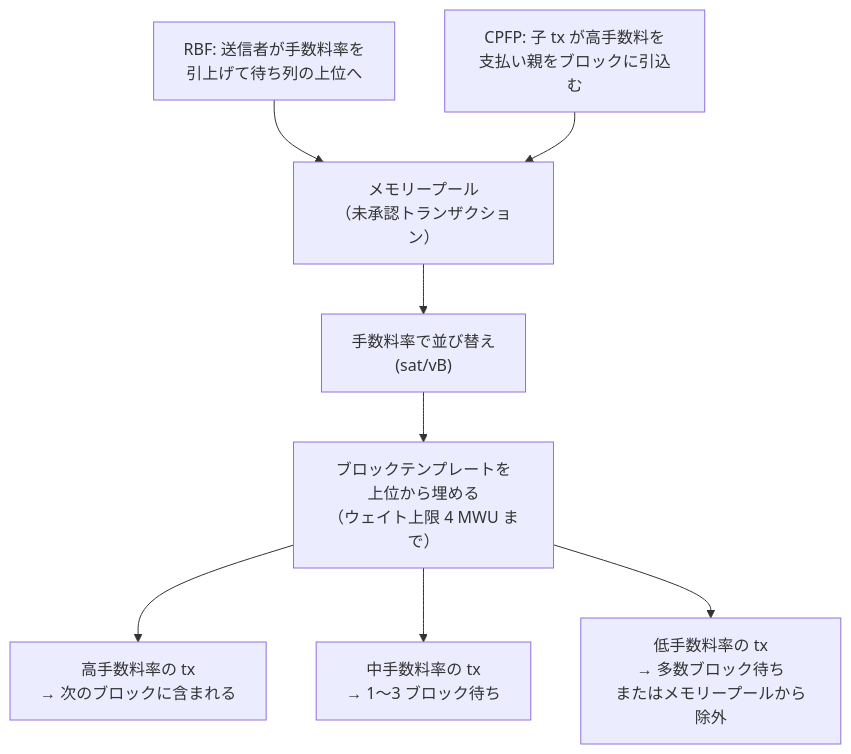
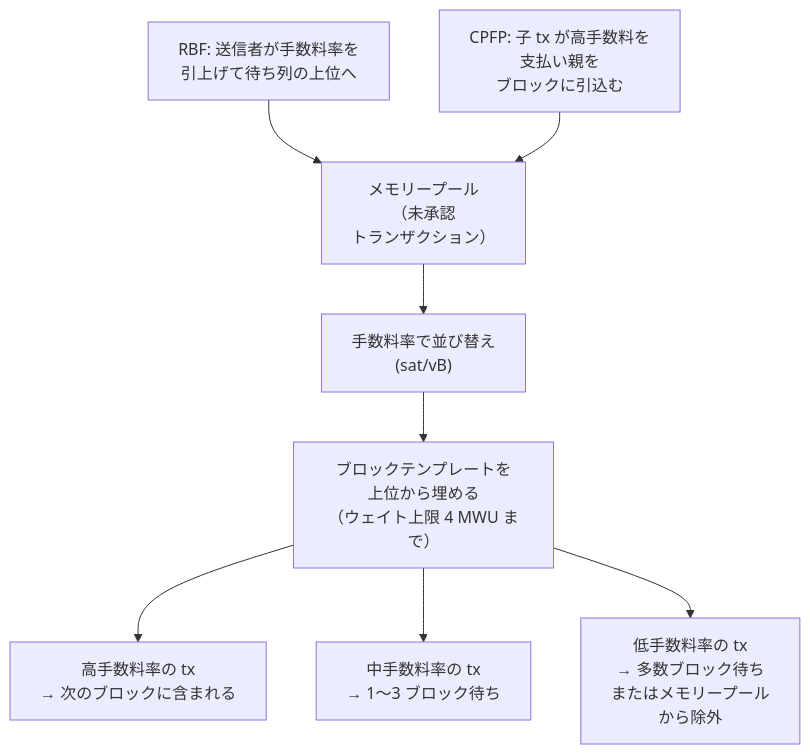
The third of 5 diagrams in src/data/translations/ja/design/2009-01-03-bitcoin-monetary-design.md (cypher256/BitcoinArchive), drawn with Mermaid before and after one commit. The commit also changed other lines of this file and 11 other files, not shown here.

First line of the commit message:
JA Mermaid labels: wrap long CJK labels (mermaid-ja-wrap, 12 design docs)

````diff
--- a/src/data/translations/ja/design/2009-01-03-bitcoin-monetary-design.md
+++ b/src/data/translations/ja/design/2009-01-03-bitcoin-monetary-design.md
@@ -144,11 +144,11 @@
 ```mermaid
 flowchart TD
-    MEMPOOL["メモリープール\n（未承認トランザクション）"] --> SORT["手数料率で並び替え\n(sat/vB)"]
-    SORT --> FILL["ブロックテンプレートを\n上位から埋める\n（ウェイト上限 4 MWU まで）"]
+    MEMPOOL["メモリープール<br/>（未承認<br/>トランザクション）"] --> SORT["手数料率で並び替え\n(sat/vB)"]
+    SORT --> FILL["ブロックテンプレートを<br/>上位から埋める<br/>（ウェイト上限 4 MWU まで）"]
     FILL --> HIGH["高手数料率の tx\n→ 次のブロックに含まれる"]
     FILL --> MED["中手数料率の tx\n→ 1〜3 ブロック待ち"]
-    FILL --> LOW["低手数料率の tx\n→ 多数ブロック待ち\nまたはメモリープールから除外"]
+    FILL --> LOW["低手数料率の tx<br/>→ 多数ブロック待ち<br/>またはメモリープール<br/>から除外"]
 
-    RBF["RBF: 送信者が手数料率を\n引上げて待ち列の上位へ"] --> MEMPOOL
-    CPFP["CPFP: 子 tx が高手数料を\n支払い親をブロックに引込む"] --> MEMPOOL
+    RBF["RBF: 送信者が手数料率を<br/>引上げて待ち列の上位へ"] --> MEMPOOL
+    CPFP["CPFP: 子 tx が高手数料を<br/>支払い親を<br/>ブロックに引込む"] --> MEMPOOL
 ```
````
